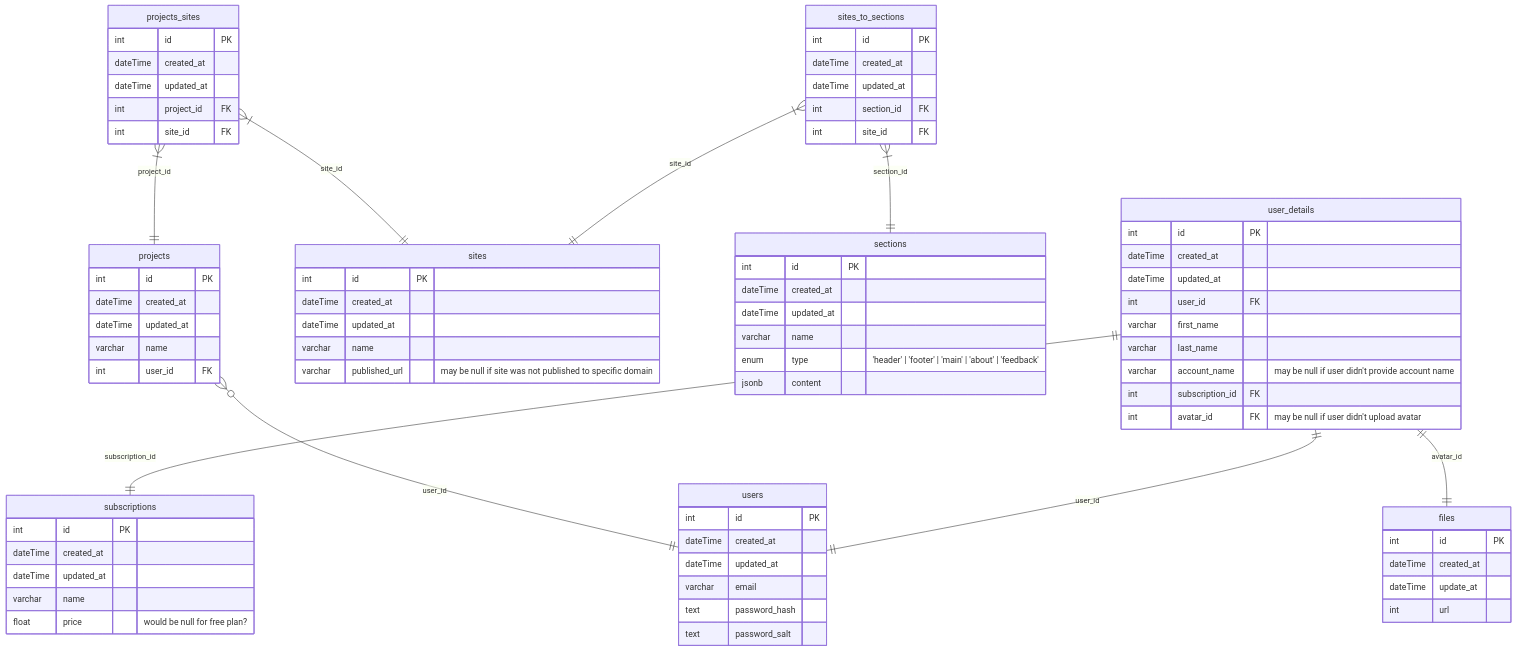
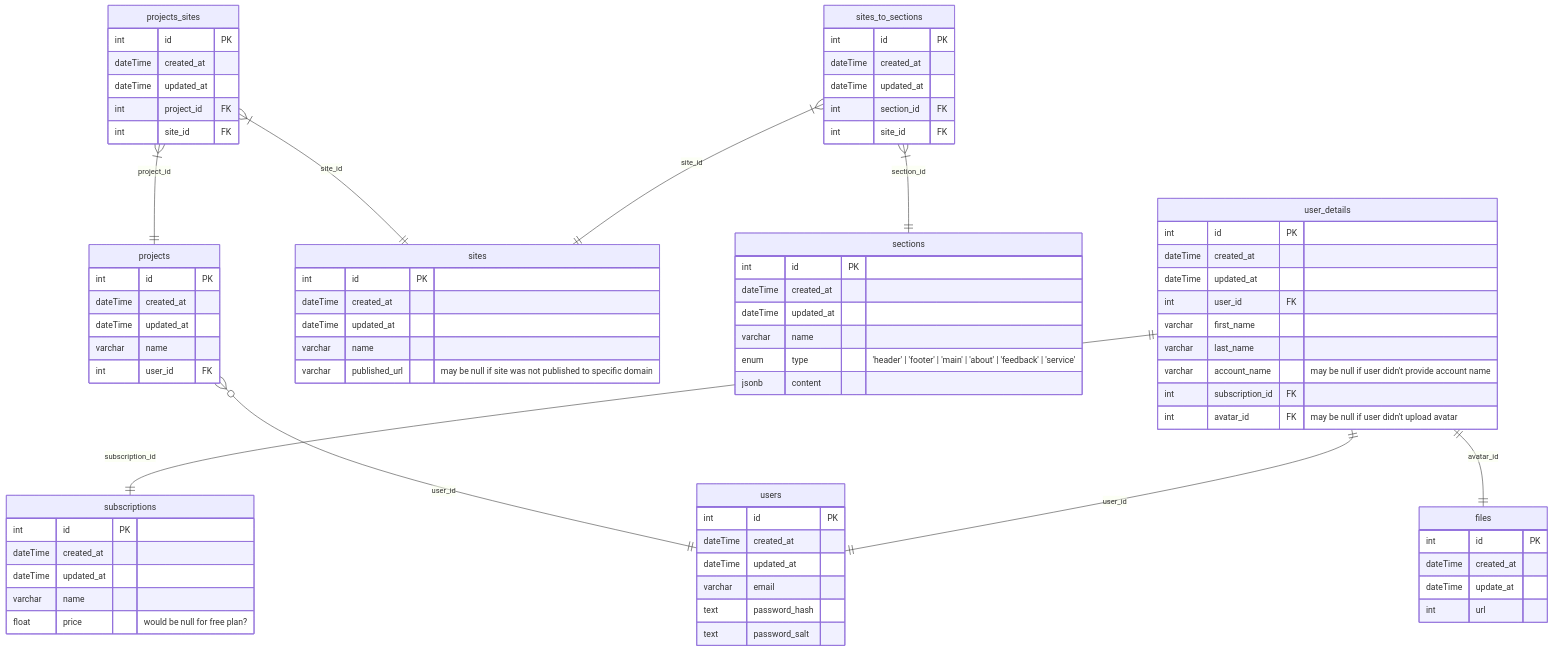
Before and after one commit to BinaryStudioAcademy/bsa-winter-2022-2023-simpleland: the diagram in readme.md, drawn with Mermaid.

Commit message:
sl-139: * update readme

```diff
--- a/readme.md
+++ b/readme.md
@@ -81,7 +81,7 @@
     dateTime created_at
     dateTime updated_at
     varchar name
-    enum type "'header' | 'footer' | 'main' | 'about' | 'feedback'"
+    enum type "'header' | 'footer' | 'main' | 'about' | 'feedback' | 'service'"
     jsonb content
   }
 
```
